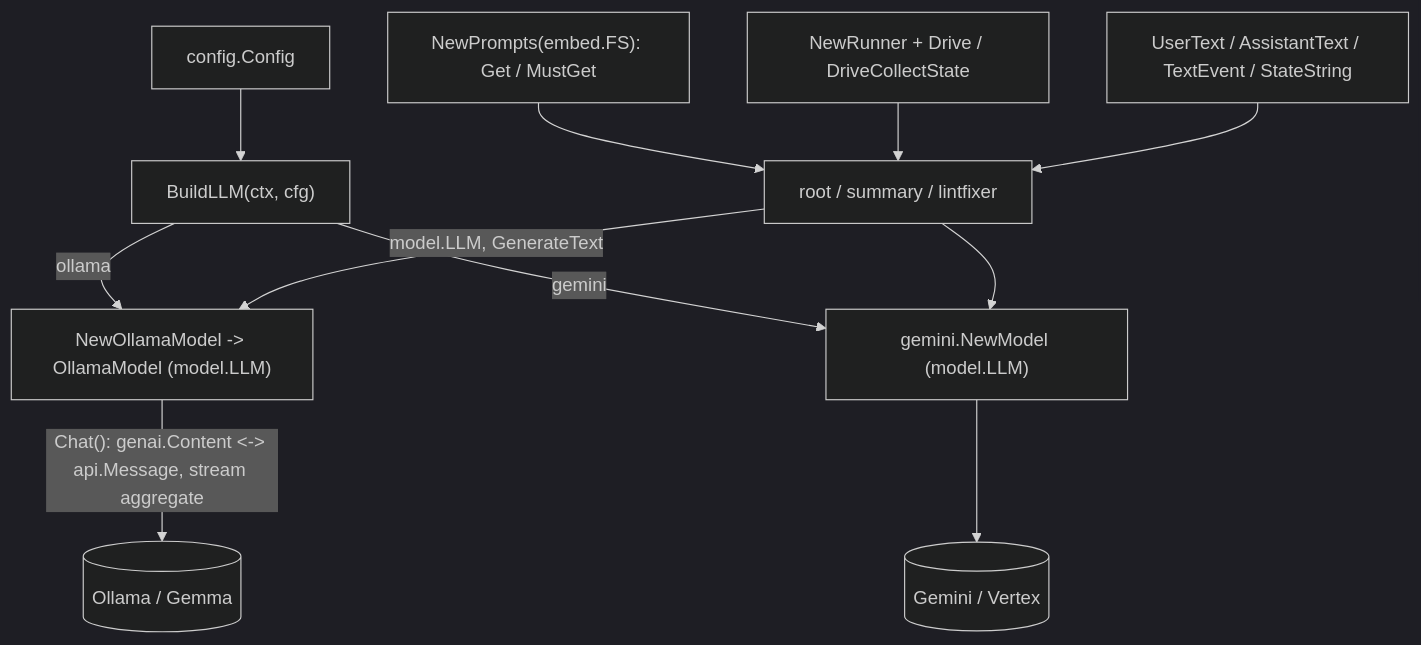
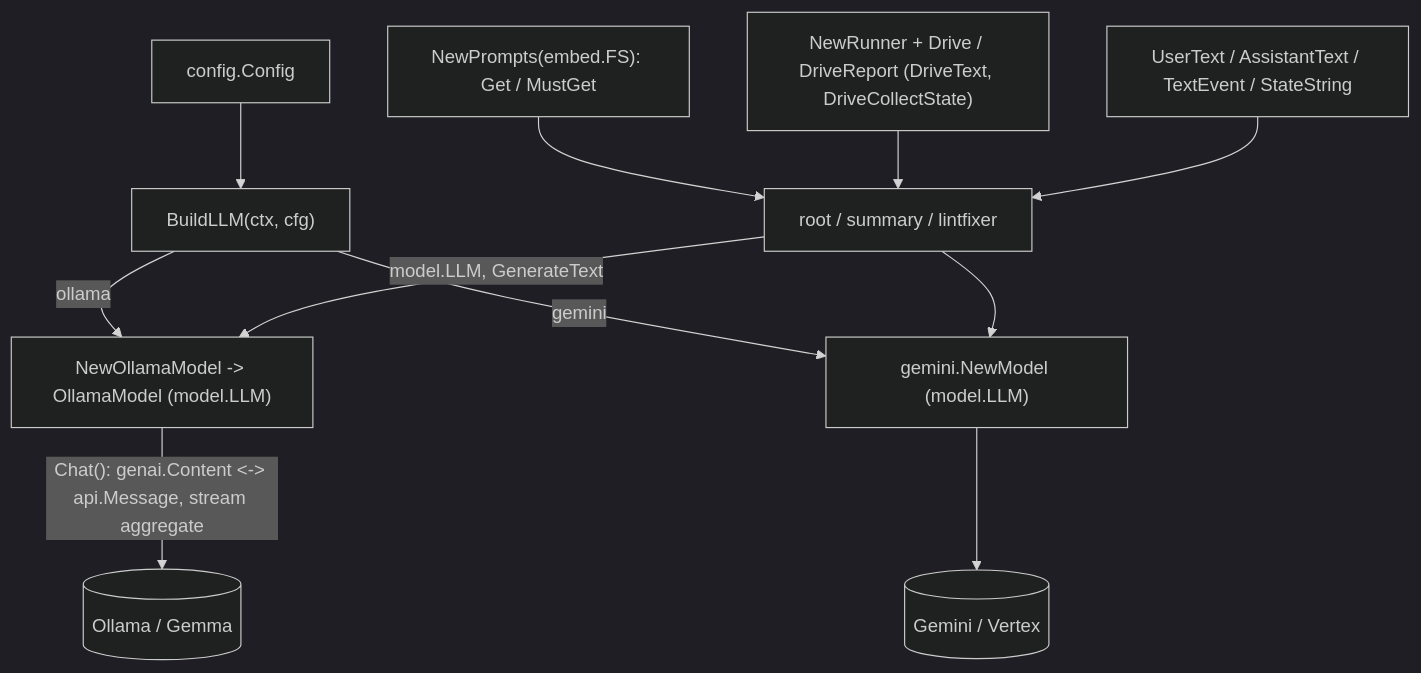
Before and after one commit to jkjamies/automation-agent: the diagram in okf/modules/agents/setup.md, drawn with Mermaid (dark theme). The commit also changed other lines of this file and 29 other files, not shown here.

````diff
--- a/okf/modules/agents/setup.md
+++ b/okf/modules/agents/setup.md
@@ -43,13 +43,13 @@
 ```mermaid
 flowchart TD
     Cfg["config.Config"] --> BL["BuildLLM(ctx, cfg)"]
     BL -->|ollama| OM["NewOllamaModel -> OllamaModel (model.LLM)"]
     BL -->|gemini| GM["gemini.NewModel (model.LLM)"]
     OM -->|"Chat(): genai.Content <-> api.Message, stream aggregate"| Oll[("Ollama / Gemma")]
     GM --> Vtx[("Gemini / Vertex")]
     Agents["root / summary / lintfixer"] -->|"model.LLM, GenerateText"| OM
     Agents --> GM
     Prompts["NewPrompts(embed.FS): Get / MustGet"] --> Agents
-    Runner["NewRunner + Drive / DriveCollectState"] --> Agents
+    Runner["NewRunner + Drive / DriveReport (DriveText, DriveCollectState)"] --> Agents
     Events["UserText / AssistantText / TextEvent / StateString"] --> Agents
 ```
````
